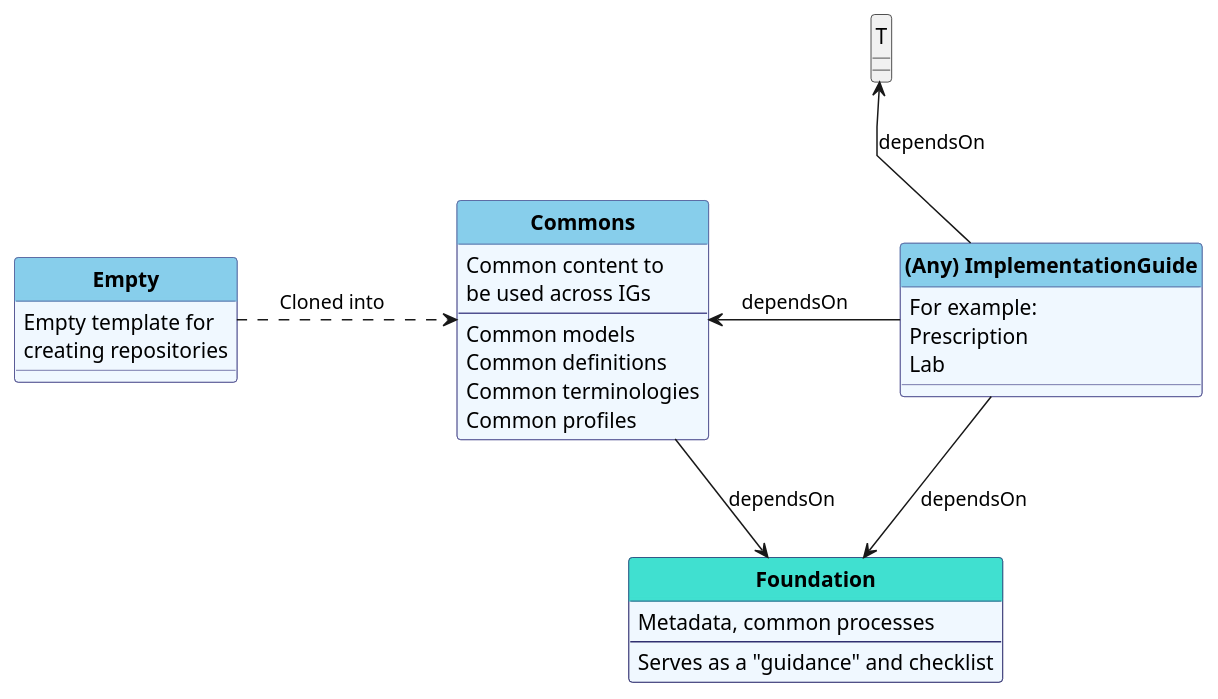
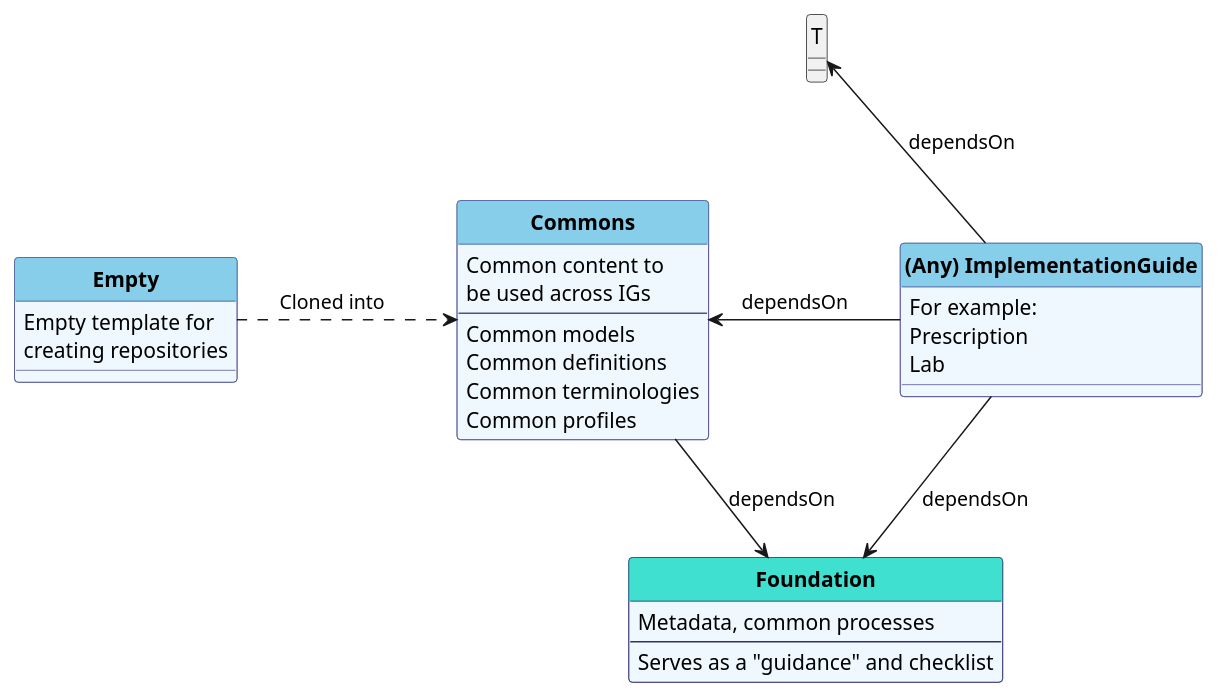
Before and after one commit to Xt-EHR/xt-ehr-metadata: the diagram in input/images-source/ig_setup.plantuml, drawn with PlantUML.

```diff
--- a/input/images-source/ig_setup.plantuml
+++ b/input/images-source/ig_setup.plantuml
@@ -1,99 +1,99 @@
 @startuml
 'skinparam linetype ortho
 skinparam linetype polyline
 hide circle
 hide stereotype
 
 '!pragma layout smetana
 
 skinparam class<<MD>> {
  BorderColor DarkSlateGray
  BackgroundColor WhiteSmoke
  HeaderBackgroundColor #909090
 }
 
 skinparam class<<TM>> {
  BorderColor #505090
  BackgroundColor AliceBlue
  HeaderBackgroundColor SkyBlue
 }
 
 
 skinparam class<<TM+>> {
  BorderColor #303070  
  BackgroundColor AliceBlue
  HeaderBackgroundColor Turquoise 
 }
 
 
     class "**Foundation**" as Base<<TM+>> {
         Metadata, common processes
         --
         Serves as a "guidance" and checklist
     }
 
 
     class "**Commons**" as CE<<TM>> {
         Common content to 
  be used across IGs
 --
    Common models
    Common definitions
    Common terminologies
    Common profiles
     }
 
 
     class "**Empty**" as E<<TM>> {
         Empty template for 
 creating repositories
     }
 
 
     class "**(Any) ImplementationGuide**" as IG<<TM>> {
     For example:
     Prescription
     Lab
     }
 
 
 
     ' class "**PublicationRepo**" as Pub<<MD>> {
     '   Webroot content repository
     '   for published releases (html)
     '   --
     ' }
 
 
 ' We con't want IGs to define on StarterKit
 ' Common contains instances of SGPersona
 
 
 
 T  .d[hidden].> CE
 E  .r.> CE: "   Cloned into         "
 'E  .u.> T: "   Cloned into         "
 
 
 
 'E  .r.> IG: "Cloned into"
 'E .r.> Base: "Cloned into"
 CE --> Base: "dependsOn"
 IG --> Base: "dependsOn"
 IG -u-> T: "dependsOn"
 'IG .r.> Pub : "                "
-T -d[hidden]-> IG : "           "
+'T -d[hidden]-> IG : "           "
 CE <-r- IG : " dependsOn     "
 
 
 
 
 
 'C -u-> Core 
 
 
 'IG  <.. CE: "   Cloned into         "
 
 
 
 @enduml
```
